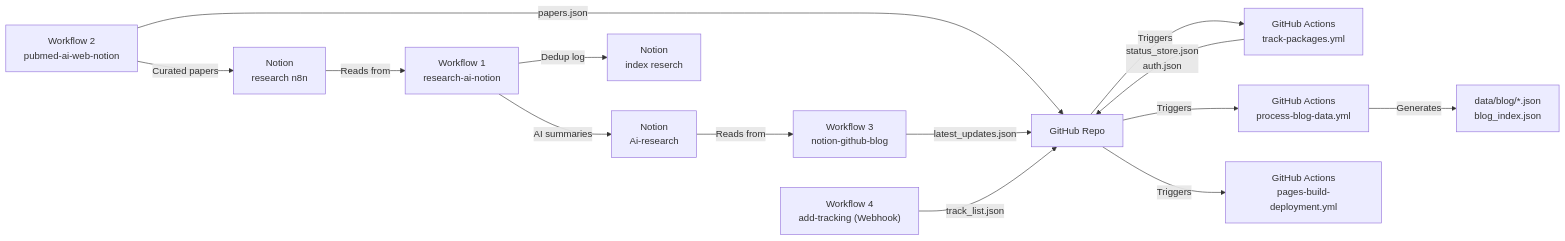
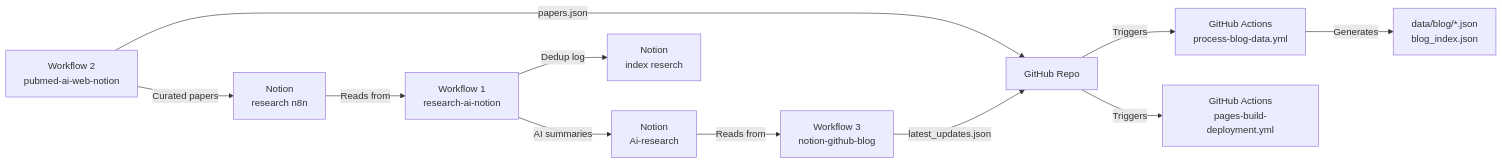
Before and after one commit to NTWKKM/ntwkkm.github.io: the first of 2 diagrams in ARCHITECTURE.md, drawn with Mermaid. The commit also changed other lines of this file, not shown here.

Commit message:
docs: Separate data flow diagrams into Research and Tracking

````diff
--- a/ARCHITECTURE.md
+++ b/ARCHITECTURE.md
@@ -244,21 +244,13 @@
 ```mermaid
 graph LR
-    %% Research Data Flow
     B["Workflow 2<br/>pubmed-ai-web-notion"] -->|"papers.json"| G["GitHub Repo"]
     B -->|"Curated papers"| SRC["Notion<br/>research n8n"]
     SRC -->|"Reads from"| A["Workflow 1<br/>research-ai-notion"]
     A -->|"AI summaries"| OUT["Notion<br/>Ai-research"]
     A -->|"Dedup log"| IDX["Notion<br/>index reserch"]
     OUT -->|"Reads from"| C["Workflow 3<br/>notion-github-blog"]
     C -->|"latest_updates.json"| G
-
-    %% Tracking Data Flow
-    W4["Workflow 4<br/>add-tracking (Webhook)"] -->|"track_list.json"| G
-    G -->|"Triggers"| TP["GitHub Actions<br/>track-packages.yml"]
-    TP -->|"status_store.json<br/>auth.json"| G
-
-    %% CI/CD Deployment
     G -->|"Triggers"| CI["GitHub Actions<br/>process-blog-data.yml"]
     CI -->|"Generates"| D["data/blog/*.json<br/>blog_index.json"]
     G -->|"Triggers"| DEPLOY["GitHub Actions<br/>pages-build-deployment.yml"]
 ```
````
